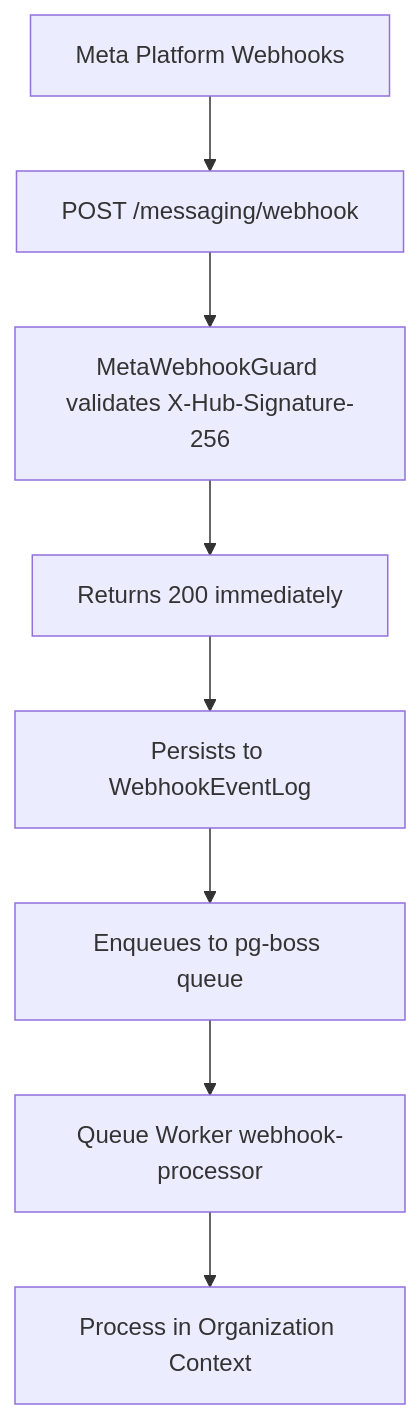
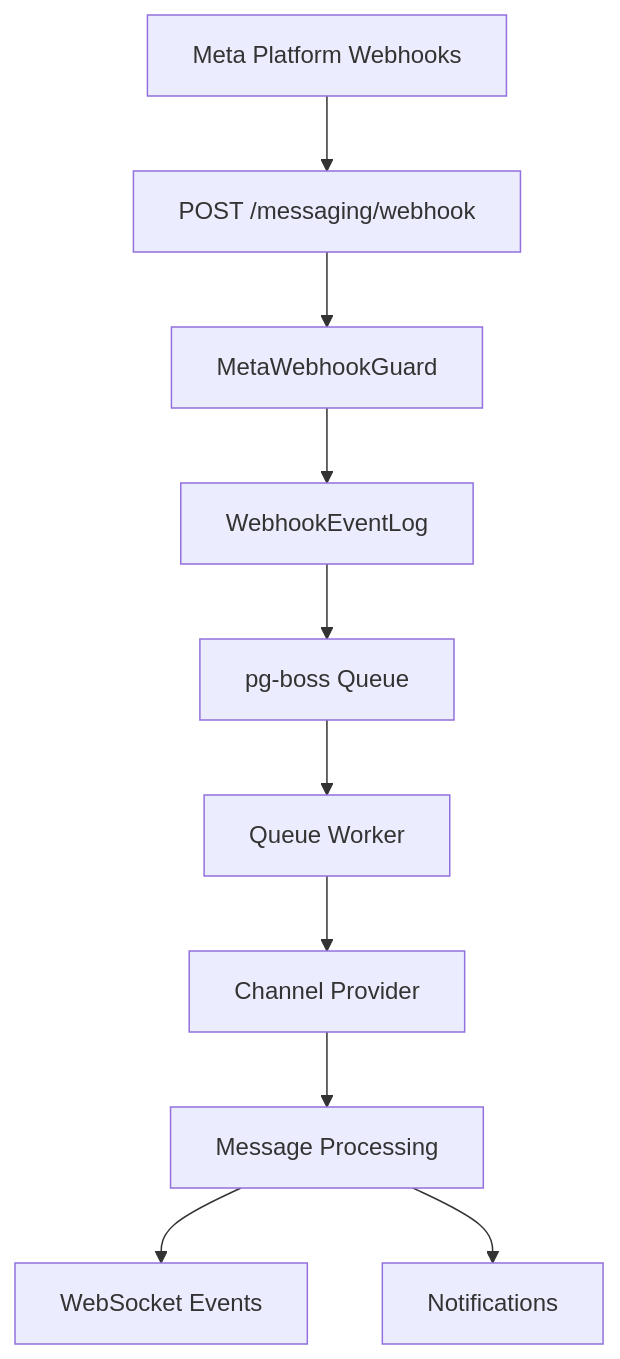
The diagram in backend/messaging/messaging-module-specification.mdx (tech-propwise-org/docs), drawn with Mermaid before and after one commit. The commit also changed other lines of this file and 30 other files, not shown here.

````diff
--- a/backend/messaging/messaging-module-specification.mdx
+++ b/backend/messaging/messaging-module-specification.mdx
@@ -51,10 +64,12 @@
 ```mermaid
 graph TD
     A[Meta Platform Webhooks] --> B[POST /messaging/webhook]
-    B --> C[MetaWebhookGuard validates X-Hub-Signature-256]
-    C --> D[Returns 200 immediately]
-    D --> E[Persists to WebhookEventLog]
-    E --> F[Enqueues to pg-boss queue]
-    F --> G[Queue Worker webhook-processor]
-    G --> H[Process in Organization Context]
+    B --> C[MetaWebhookGuard]
+    C --> D[WebhookEventLog]
+    D --> E[pg-boss Queue]
+    E --> F[Queue Worker]
+    F --> G[Channel Provider]
+    G --> H[Message Processing]
+    H --> I[WebSocket Events]
+    H --> J[Notifications]
 ```
````
